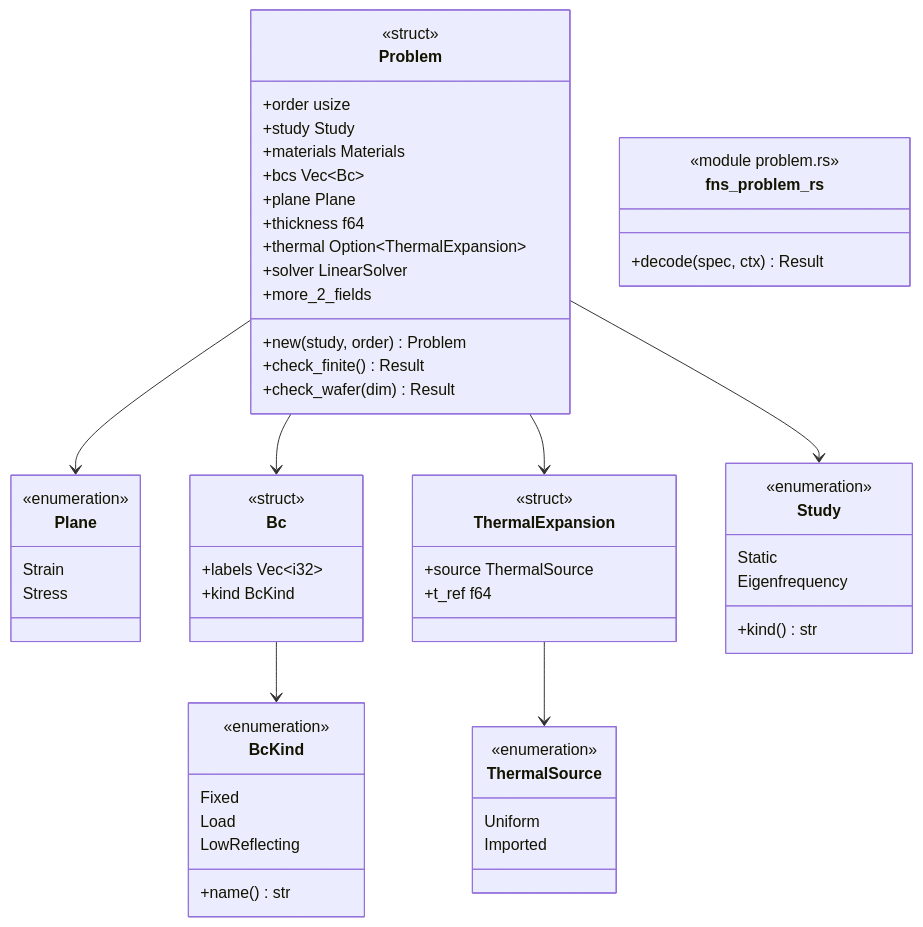
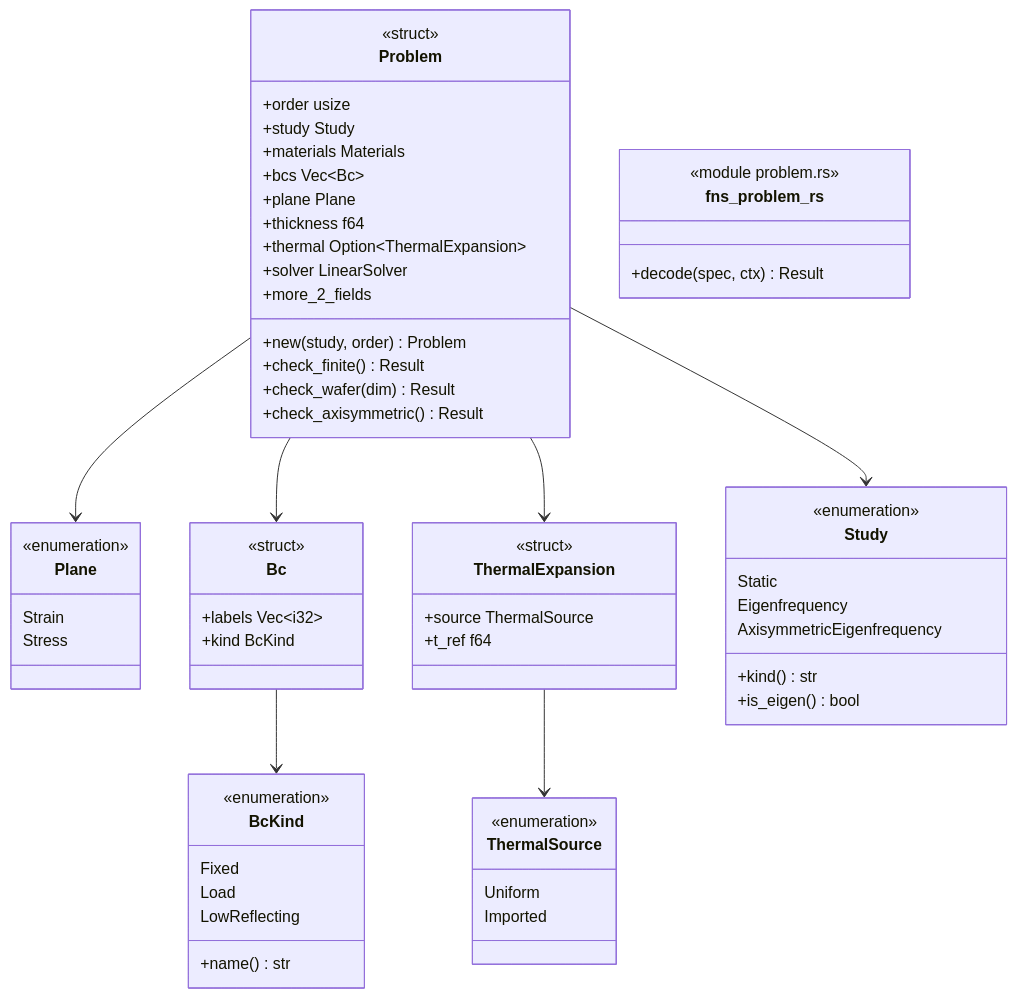
The diagram in docs/architecture/c4/4-code/sms/problem.md (p-j-r/nyx), drawn with Mermaid before and after one commit. The commit also changed other lines of this file and 60 other files, not shown here.

````diff
--- a/docs/architecture/c4/4-code/sms/problem.md
+++ b/docs/architecture/c4/4-code/sms/problem.md
@@ -39,61 +39,64 @@
 ```mermaid
 classDiagram
   class Plane {
       <<enumeration>>
       Strain
       Stress
   }
   class BcKind {
       <<enumeration>>
       Fixed
       Load
       LowReflecting
       +name() str
   }
   class Bc {
       <<struct>>
       +labels Vec~i32~
       +kind BcKind
   }
   class ThermalSource {
       <<enumeration>>
       Uniform
       Imported
   }
   class ThermalExpansion {
       <<struct>>
       +source ThermalSource
       +t_ref f64
   }
   class Study {
       <<enumeration>>
       Static
       Eigenfrequency
+      AxisymmetricEigenfrequency
       +kind() str
+      +is_eigen() bool
   }
   class Problem {
       <<struct>>
       +order usize
       +study Study
       +materials Materials
       +bcs Vec~Bc~
       +plane Plane
       +thickness f64
       +thermal Option~ThermalExpansion~
       +solver LinearSolver
       +more_2_fields
       +new(study, order) Problem
       +check_finite() Result
       +check_wafer(dim) Result
+      +check_axisymmetric() Result
   }
   class fns_problem_rs {
       <<module problem.rs>>
       +decode(spec, ctx) Result
   }
   Bc --> BcKind
   ThermalExpansion --> ThermalSource
   Problem --> Study
   Problem --> Bc
   Problem --> Plane
   Problem --> ThermalExpansion
 ```
````
